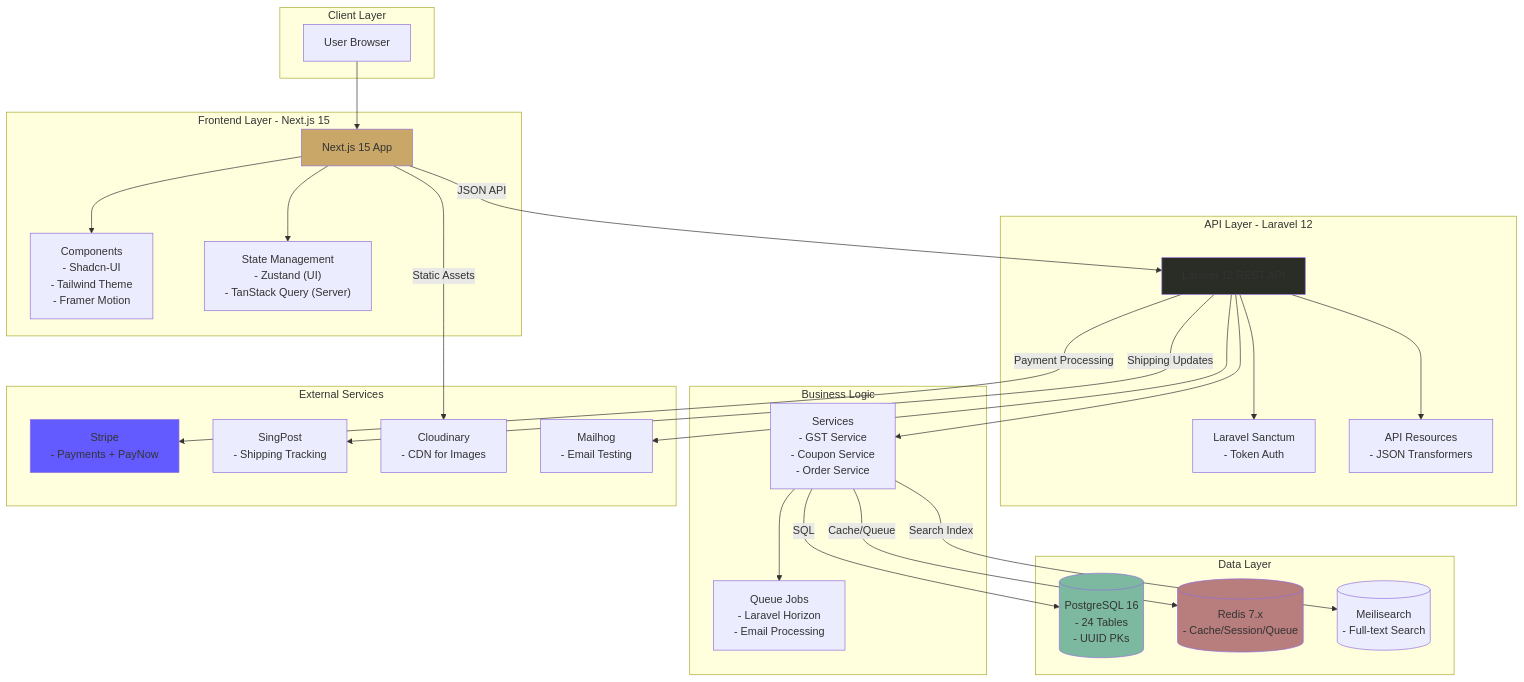
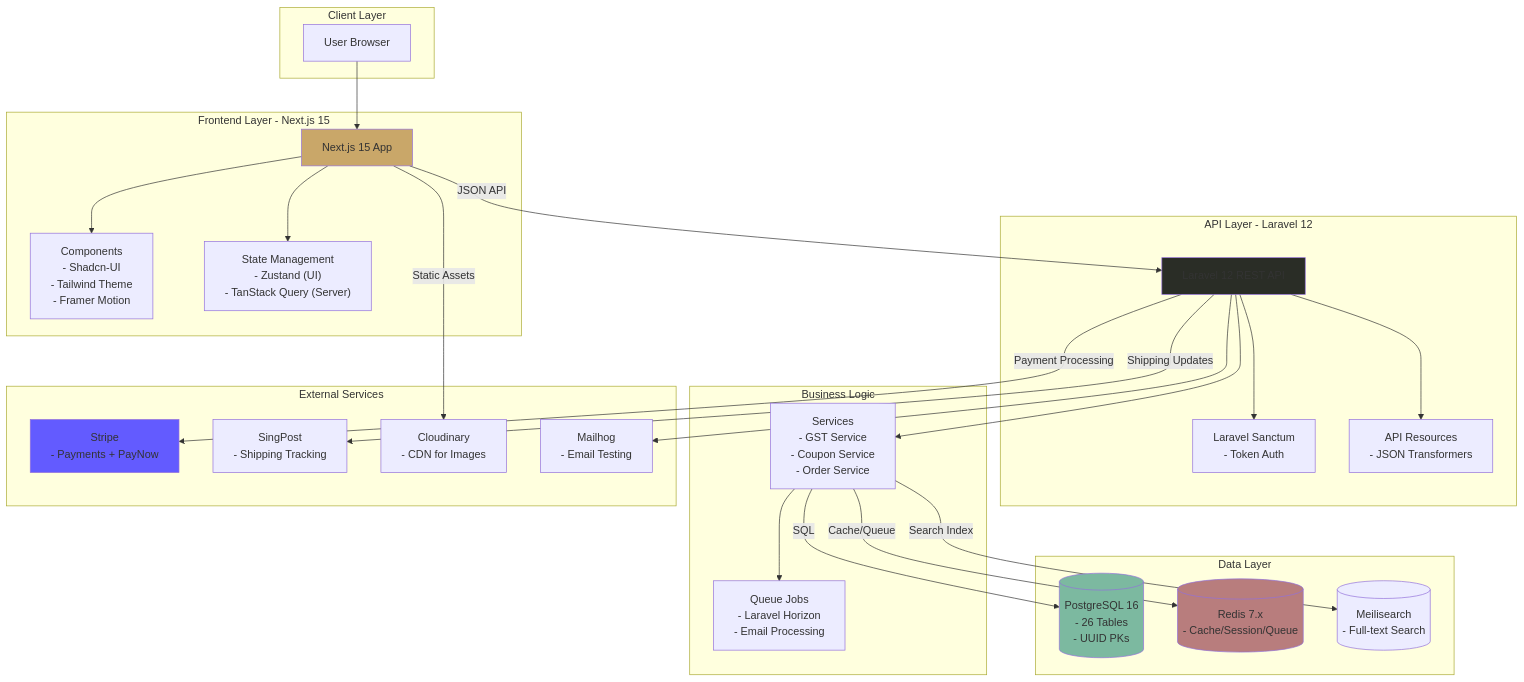
One commit to nordeim/atelier-arome-v2 changed the first of 6 diagrams in README.md. Above: the diagram before and after it, drawn with Mermaid. The commit also changed other lines of this file, not shown here.

````diff
--- a/README.md
+++ b/README.md
@@ -64,58 +64,58 @@
 ```mermaid
 graph TB
     subgraph "Client Layer"
         U[User Browser]
     end
     
     subgraph "Frontend Layer - Next.js 15"
         FE[Next.js 15 App]
         UI["Components<br/>- Shadcn-UI<br/>- Tailwind Theme<br/>- Framer Motion"]
         STATE["State Management<br/>- Zustand (UI)<br/>- TanStack Query (Server)"]
         FE --> UI
         FE --> STATE
     end
     
     subgraph "API Layer - Laravel 12"
         API[Laravel 12 REST API]
         AUTH[Laravel Sanctum<br/>- Token Auth]
         RES["API Resources<br/>- JSON Transformers"]
         API --> AUTH
         API --> RES
     end
     
     subgraph "Business Logic"
         SERVICE["Services<br/>- GST Service<br/>- Coupon Service<br/>- Order Service"]
         QUEUE["Queue Jobs<br/>- Laravel Horizon<br/>- Email Processing"]
         SERVICE --> QUEUE
     end
     
     subgraph "Data Layer"
-        PG[(PostgreSQL 16<br/>- 24 Tables<br/>- UUID PKs)]
+        PG[(PostgreSQL 16<br/>- 26 Tables<br/>- UUID PKs)]
         REDIS[(Redis 7.x<br/>- Cache/Session/Queue)]
         MEILI[(Meilisearch<br/>- Full-text Search)]
     end
     
     subgraph "External Services"
         STRIPE[Stripe<br/>- Payments + PayNow]
         SINGPOST[SingPost<br/>- Shipping Tracking]
         CLOUDINARY[Cloudinary<br/>- CDN for Images]
         MAIL[Mailhog<br/>- Email Testing]
     end
     
     U --> FE
     FE -->|JSON API| API
     API --> SERVICE
     SERVICE -->|SQL| PG
     SERVICE -->|Cache/Queue| REDIS
     SERVICE -->|Search Index| MEILI
     API -->|Payment Processing| STRIPE
     API -->|Shipping Updates| SINGPOST
     FE -->|Static Assets| CLOUDINARY
     API --> MAIL
     
     style FE fill:#C9A769
     style API fill:#2A2D26
     style PG fill:#7CB9A0
     style REDIS fill:#B87D7D
     style STRIPE fill:#635BFF
 ```
````
